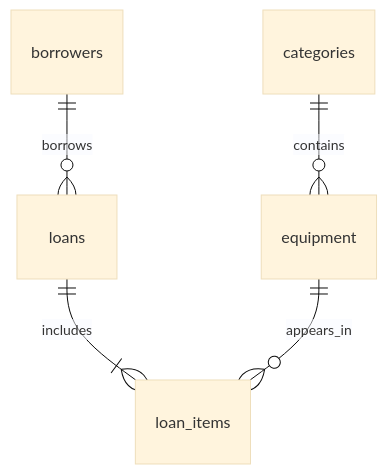
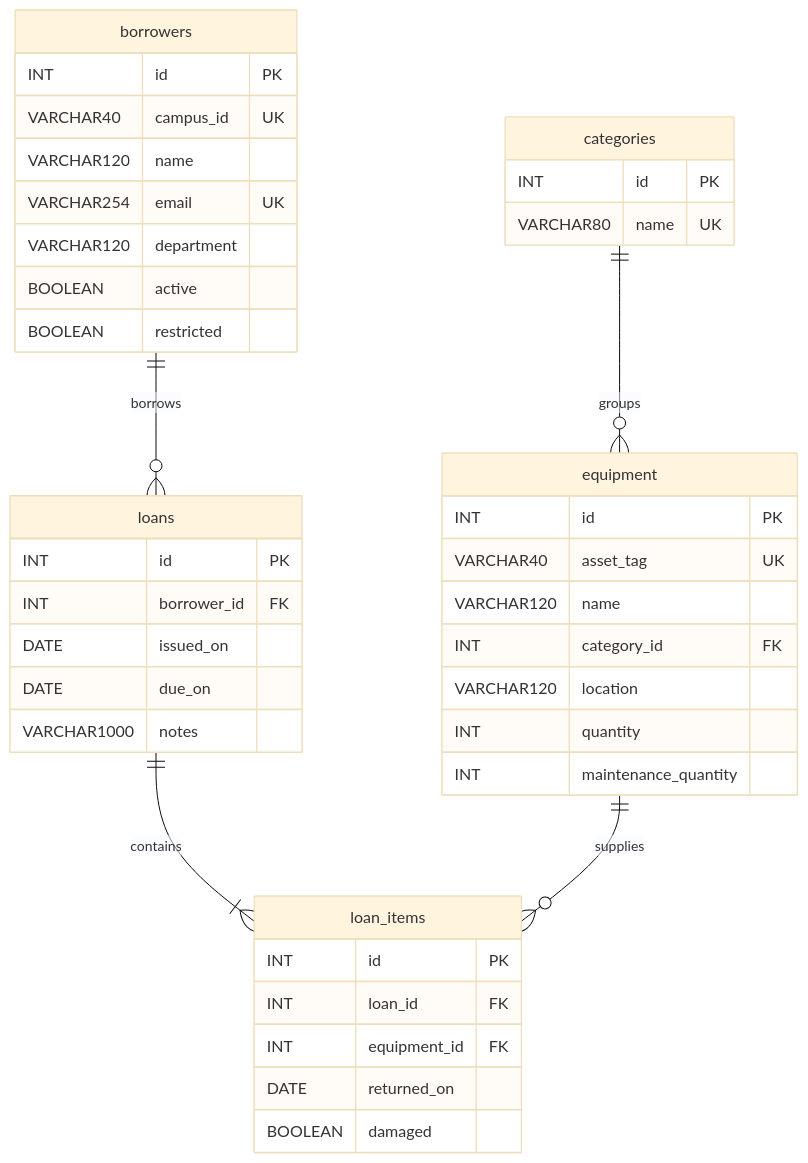
One commit to sriram629/campus-lending changed the third of 3 diagrams in README.md. Above: the diagram before and after it, drawn with Mermaid (base theme). The commit also changed other lines of this file and 16 other files, not shown here.

````diff
--- a/README.md
+++ b/README.md
@@ -65,7 +311,43 @@
 ```mermaid
 erDiagram
-    categories ||--o{ equipment : contains
+    categories ||--o{ equipment : groups
     borrowers ||--o{ loans : borrows
-    loans ||--|{ loan_items : includes
-    equipment ||--o{ loan_items : appears_in
+    loans ||--|{ loan_items : contains
+    equipment ||--o{ loan_items : supplies
+    categories {
+        INT id PK
+        VARCHAR80 name UK
+    }
+    borrowers {
+        INT id PK
+        VARCHAR40 campus_id UK
+        VARCHAR120 name
+        VARCHAR254 email UK
+        VARCHAR120 department
+        BOOLEAN active
+        BOOLEAN restricted
+    }
+    equipment {
+        INT id PK
+        VARCHAR40 asset_tag UK
+        VARCHAR120 name
+        INT category_id FK
+        VARCHAR120 location
+        INT quantity
+        INT maintenance_quantity
+    }
+    loans {
+        INT id PK
+        INT borrower_id FK
+        DATE issued_on
+        DATE due_on
+        VARCHAR1000 notes
+    }
+    loan_items {
+        INT id PK
+        INT loan_id FK
+        INT equipment_id FK
+        DATE returned_on
+        BOOLEAN damaged
+    }
 ```
````
